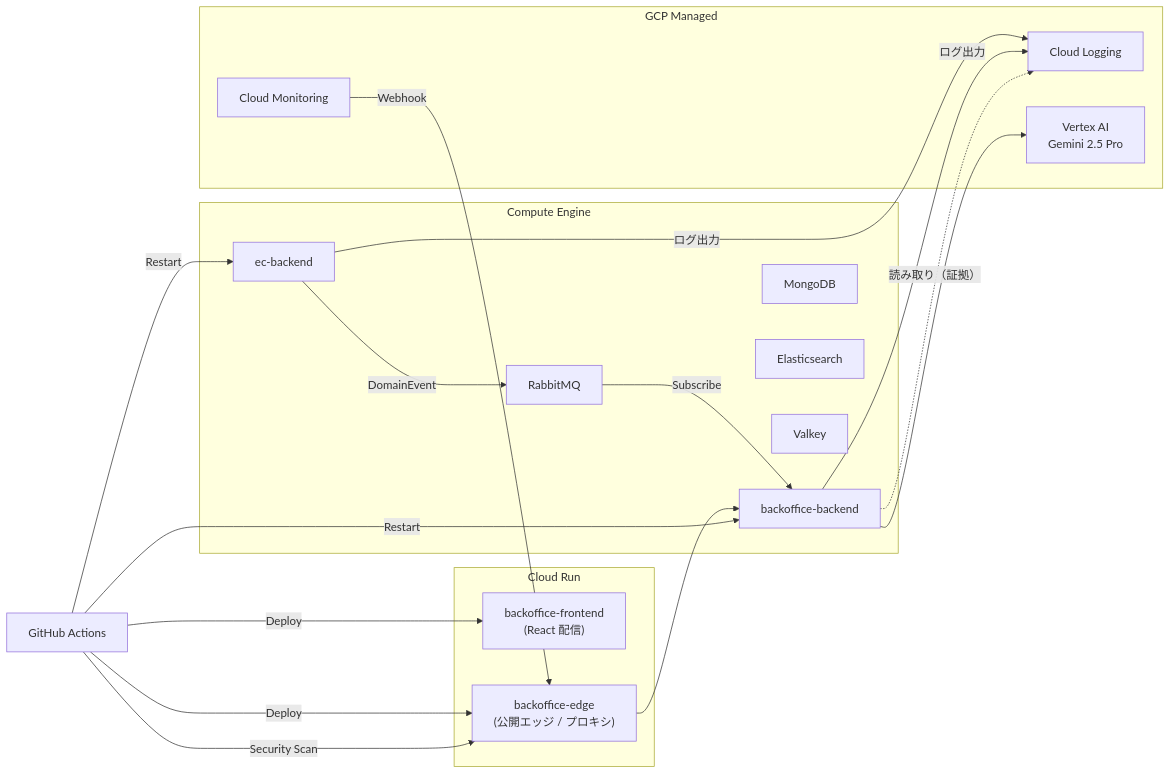
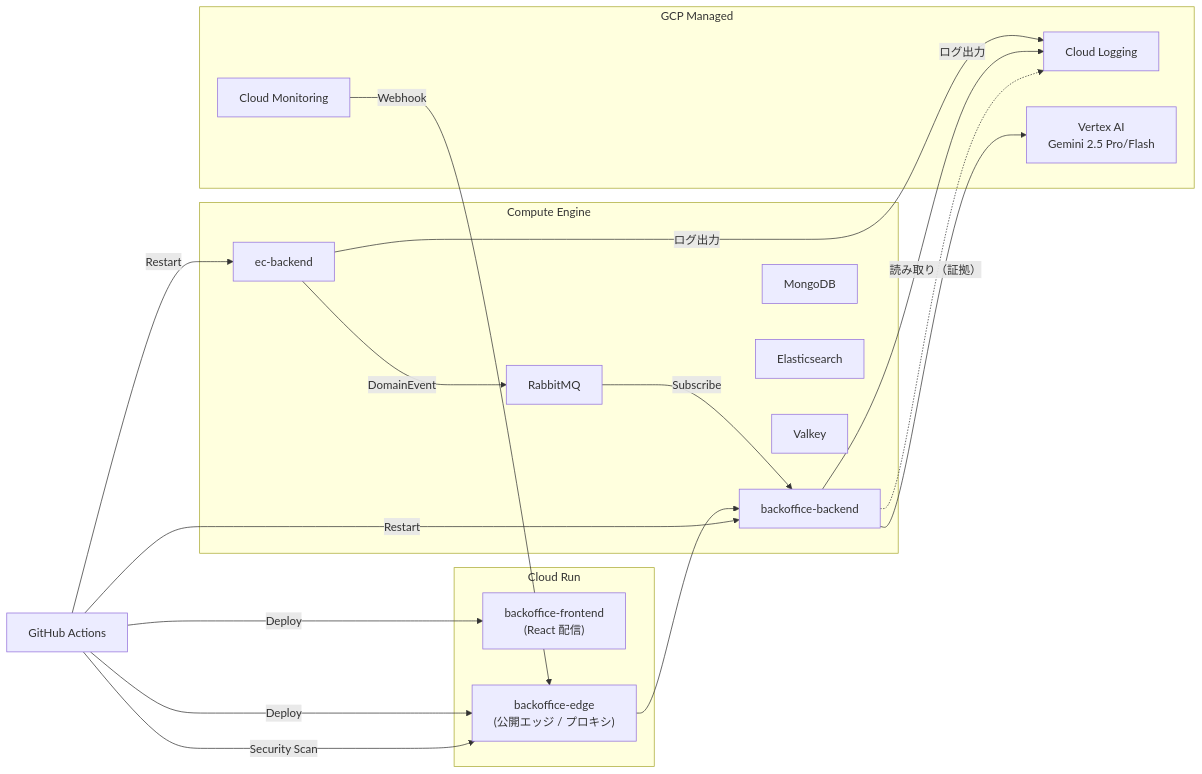
Before and after one commit to nagoyamanaka/ec-monitoring-agent: the fourth of 5 diagrams in docs/architecture.md, drawn with Mermaid. The commit also changed other lines of this file and 4 other files, not shown here.

````diff
--- a/docs/architecture.md
+++ b/docs/architecture.md
@@ -129,48 +136,48 @@
 ```mermaid
 flowchart LR
   subgraph cloudrun["Cloud Run"]
     FE["backoffice-frontend<br/>(React 配信)"]
     EDGE["backoffice-edge<br/>(公開エッジ / プロキシ)"]
   end
 
   subgraph gce["Compute Engine"]
     ECB["ec-backend"]
     BOB["backoffice-backend"]
 
     MQ["RabbitMQ"]
     DB["MongoDB"]
     ES["Elasticsearch"]
     VK["Valkey"]
   end
 
   subgraph gcp["GCP Managed"]
     CMON["Cloud Monitoring"]
     CLOG["Cloud Logging"]
-    VAI["Vertex AI<br/>Gemini 2.5 Pro"]
+    VAI["Vertex AI<br/>Gemini 2.5 Pro/Flash"]
   end
 
   GHA["GitHub Actions"]
 
   %% 通信
   %% EC アプリイベントの検知経路（peer ingest / RabbitMQ 購読）
   ECB -->|DomainEvent| MQ
   MQ -->|Subscribe| BOB
 
   %% Cloud Monitoring の閾値発火（webhook ingest）
   CMON -->|Webhook| EDGE
   EDGE --> BOB
 
   %% ログは検知ではなく AI 調査の read-only 証拠ソース
   ECB -->|ログ出力| CLOG
   BOB -->|ログ出力| CLOG
   BOB -.読み取り（証拠）.-> CLOG
 
   BOB --> VAI
 
   GHA -->|Deploy| FE
   GHA -->|Deploy| EDGE
   GHA -->|Restart| ECB
   GHA -->|Restart| BOB
 
   GHA -->|Security Scan| EDGE
 ```
````
